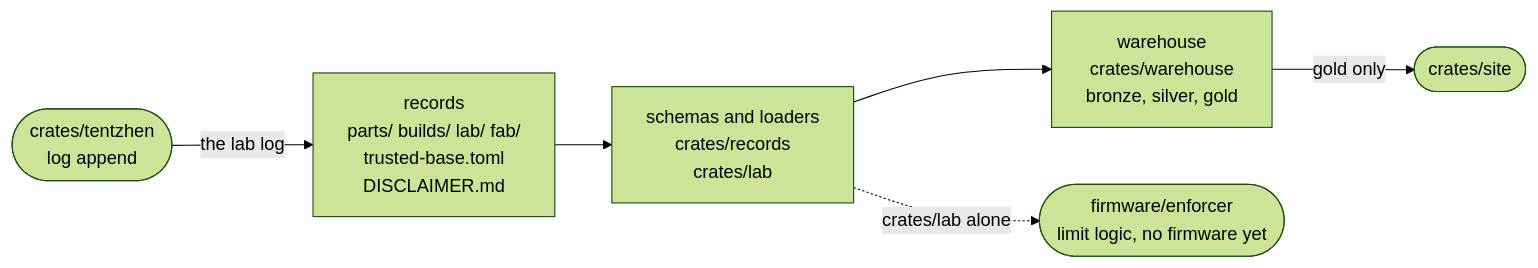
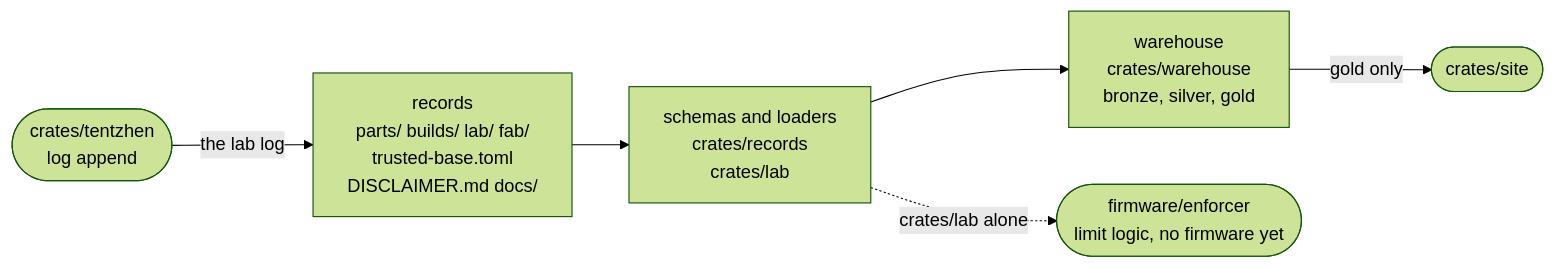
The diagram in docs/architecture.md (via-balaena/tentzhen), drawn with Mermaid (forest theme) before and after one commit. The commit also changed other lines of this file and 33 other files, not shown here.

````diff
--- a/docs/architecture.md
+++ b/docs/architecture.md
@@ -9,12 +9,12 @@
 ```mermaid
 flowchart LR
-  records["records<br/>parts/ builds/ lab/ fab/<br/>trusted-base.toml<br/>DISCLAIMER.md"]
+  records["records<br/>parts/ builds/ lab/ fab/<br/>trusted-base.toml<br/>DISCLAIMER.md docs/"]
   schemas["schemas and loaders<br/>crates/records<br/>crates/lab"]
   warehouse["warehouse<br/>crates/warehouse<br/>bronze, silver, gold"]
   site(["crates/site"])
   enforcer(["firmware/enforcer<br/>limit logic, no firmware yet"])
   host(["crates/tentzhen<br/>log append"])
   records --> schemas --> warehouse -- gold only --> site
   schemas -. crates/lab alone .-> enforcer
   host -- the lab log --> records
 ```
````
